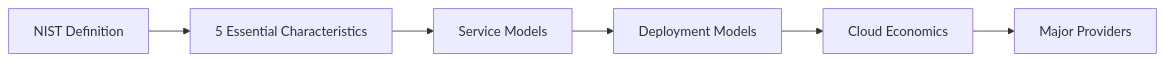
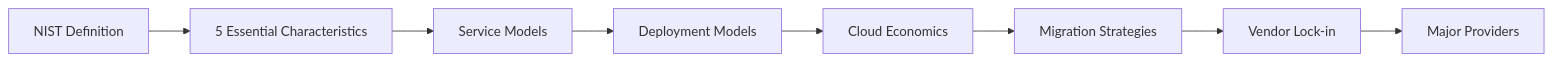
The first of 4 diagrams in docs/courses/cloud-computing/01-introduction.md (Raushan666java/ai-engineering-journey), drawn with Mermaid before and after one commit. The commit also changed other lines of this file and 62 other files, not shown here.

````diff
--- a/docs/courses/cloud-computing/01-introduction.md
+++ b/docs/courses/cloud-computing/01-introduction.md
@@ -30,8 +33,10 @@
 ```mermaid
 flowchart LR
     A[NIST Definition] --> B[5 Essential Characteristics]
     B --> C[Service Models]
     C --> D[Deployment Models]
     D --> E[Cloud Economics]
-    E --> F[Major Providers]
+    E --> F[Migration Strategies]
+    F --> G[Vendor Lock-in]
+    G --> H[Major Providers]
 ```
````
